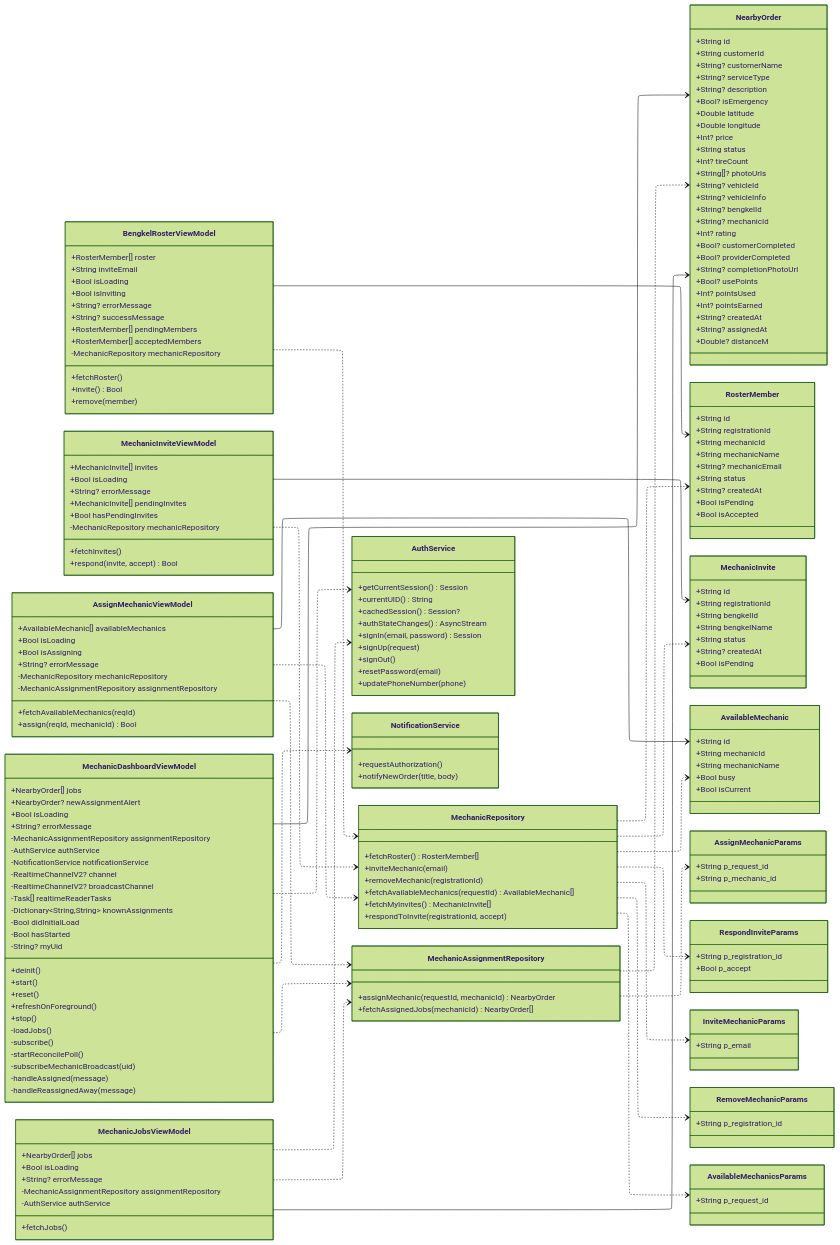
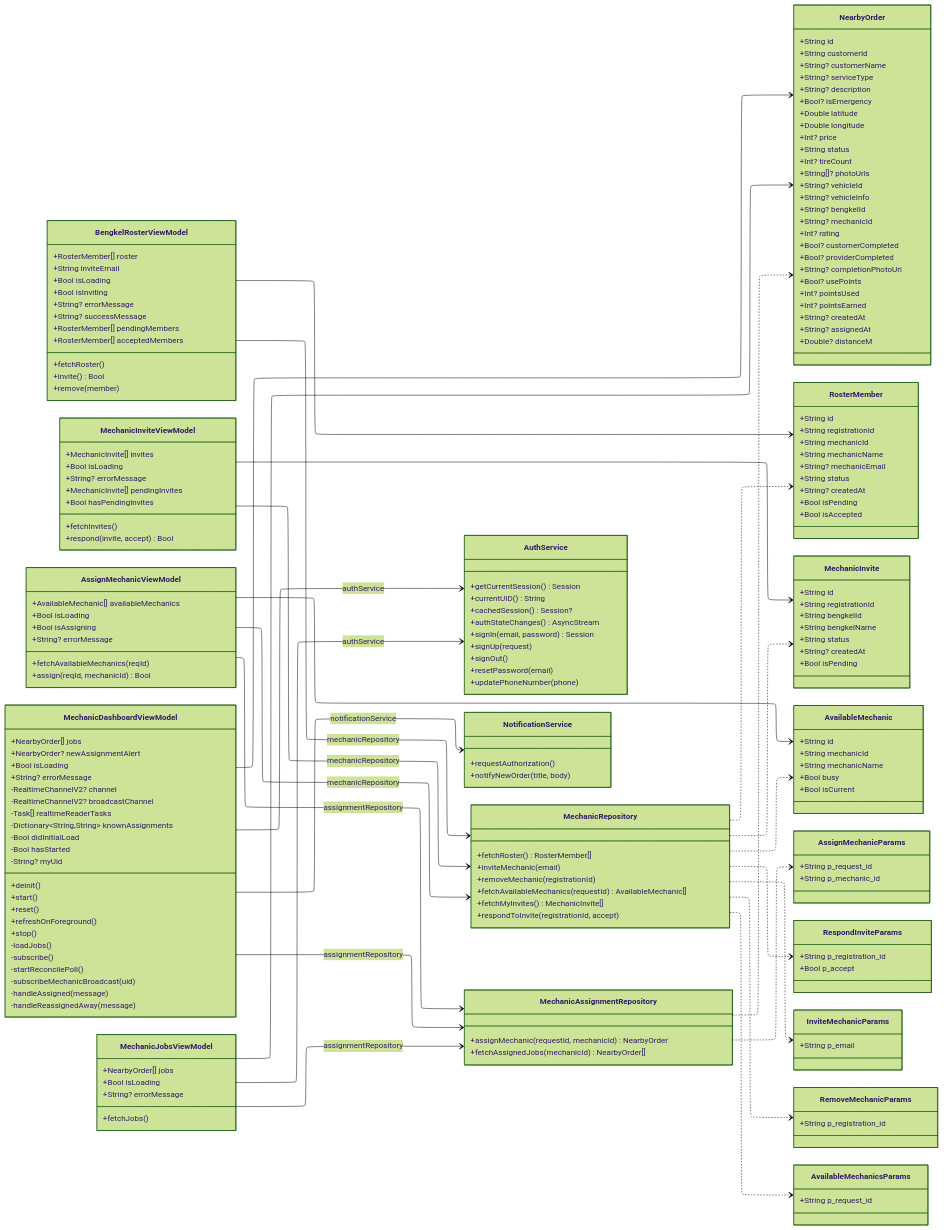
Before and after one commit to rei-soemanto/BengkelIn_SE: the sixth of 12 diagrams in diagram/feature-class-diagrams.md, drawn with Mermaid (forest theme). The commit also changed other lines of this file and 21 other files, not shown here.

Commit message:
more accurate class diagram

```diff
--- a/diagram/feature-class-diagrams.md
+++ b/diagram/feature-class-diagrams.md
@@ -979,7 +948,6 @@
         +String? successMessage
         +RosterMember[] pendingMembers
         +RosterMember[] acceptedMembers
-        -MechanicRepository mechanicRepository
         +fetchRoster()
         +invite() Bool
         +remove(member)
@@ -990,7 +958,6 @@
         +String? errorMessage
         +MechanicInvite[] pendingInvites
         +Bool hasPendingInvites
-        -MechanicRepository mechanicRepository
         +fetchInvites()
         +respond(invite, accept) Bool
     }
@@ -999,8 +966,6 @@
         +Bool isLoading
         +Bool isAssigning
         +String? errorMessage
-        -MechanicRepository mechanicRepository
-        -MechanicAssignmentRepository assignmentRepository
         +fetchAvailableMechanics(reqId)
         +assign(reqId, mechanicId) Bool
     }
@@ -1009,9 +974,6 @@
         +NearbyOrder? newAssignmentAlert
         +Bool isLoading
         +String? errorMessage
-        -MechanicAssignmentRepository assignmentRepository
-        -AuthService authService
-        -NotificationService notificationService
         -RealtimeChannelV2? channel
         -RealtimeChannelV2? broadcastChannel
         -Task[] realtimeReaderTasks
@@ -1035,8 +997,6 @@
         +NearbyOrder[] jobs
         +Bool isLoading
         +String? errorMessage
-        -MechanicAssignmentRepository assignmentRepository
-        -AuthService authService
         +fetchJobs()
     }
     class RosterMember {
@@ -1084,19 +1044,19 @@
         +String p_request_id
     }
 
-    BengkelRosterViewModel ..> MechanicRepository
+    BengkelRosterViewModel --> MechanicRepository : mechanicRepository
     BengkelRosterViewModel --> RosterMember
-    MechanicInviteViewModel ..> MechanicRepository
+    MechanicInviteViewModel --> MechanicRepository : mechanicRepository
     MechanicInviteViewModel --> MechanicInvite
-    AssignMechanicViewModel ..> MechanicRepository
-    AssignMechanicViewModel ..> MechanicAssignmentRepository
+    AssignMechanicViewModel --> MechanicRepository : mechanicRepository
+    AssignMechanicViewModel --> MechanicAssignmentRepository : assignmentRepository
     AssignMechanicViewModel --> AvailableMechanic
-    MechanicDashboardViewModel ..> MechanicAssignmentRepository
-    MechanicDashboardViewModel ..> AuthService
-    MechanicDashboardViewModel ..> NotificationService
+    MechanicDashboardViewModel --> MechanicAssignmentRepository : assignmentRepository
+    MechanicDashboardViewModel --> AuthService : authService
+    MechanicDashboardViewModel --> NotificationService : notificationService
     MechanicDashboardViewModel --> NearbyOrder
-    MechanicJobsViewModel ..> MechanicAssignmentRepository
-    MechanicJobsViewModel ..> AuthService
+    MechanicJobsViewModel --> MechanicAssignmentRepository : assignmentRepository
+    MechanicJobsViewModel --> AuthService : authService
     MechanicJobsViewModel --> NearbyOrder
     MechanicRepository ..> RosterMember
     MechanicRepository ..> MechanicInvite
```
